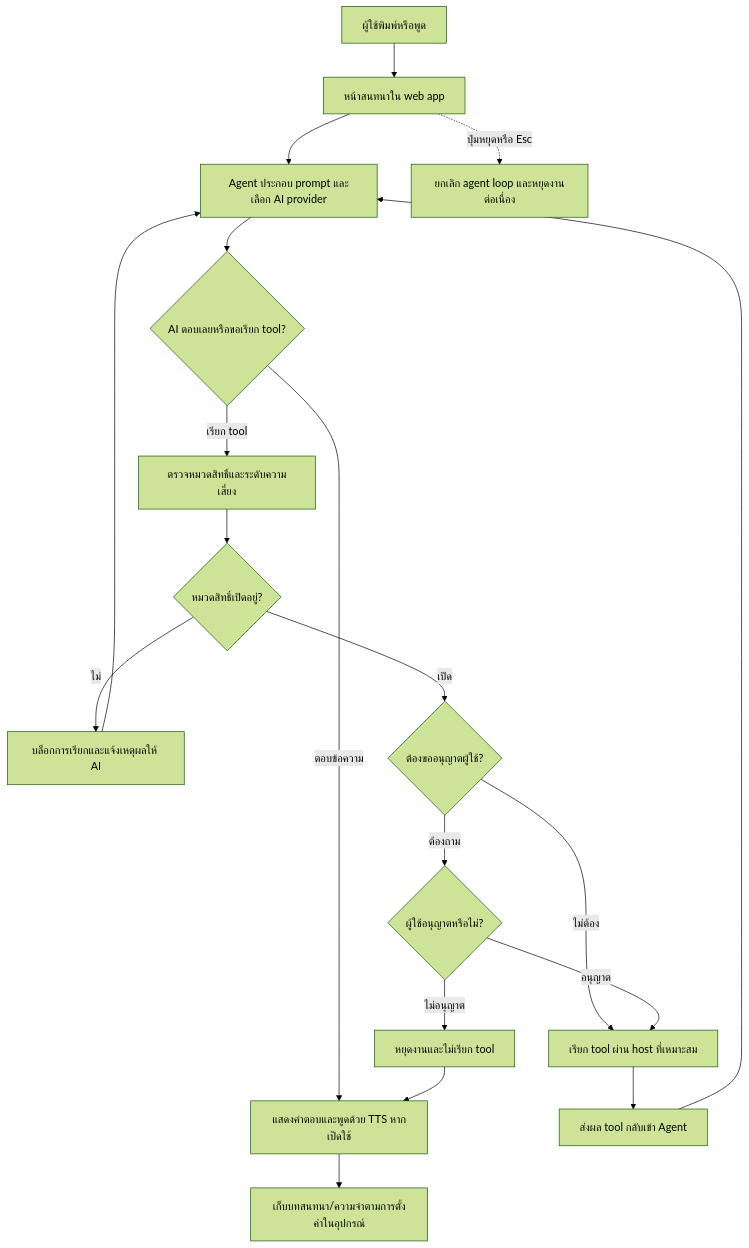
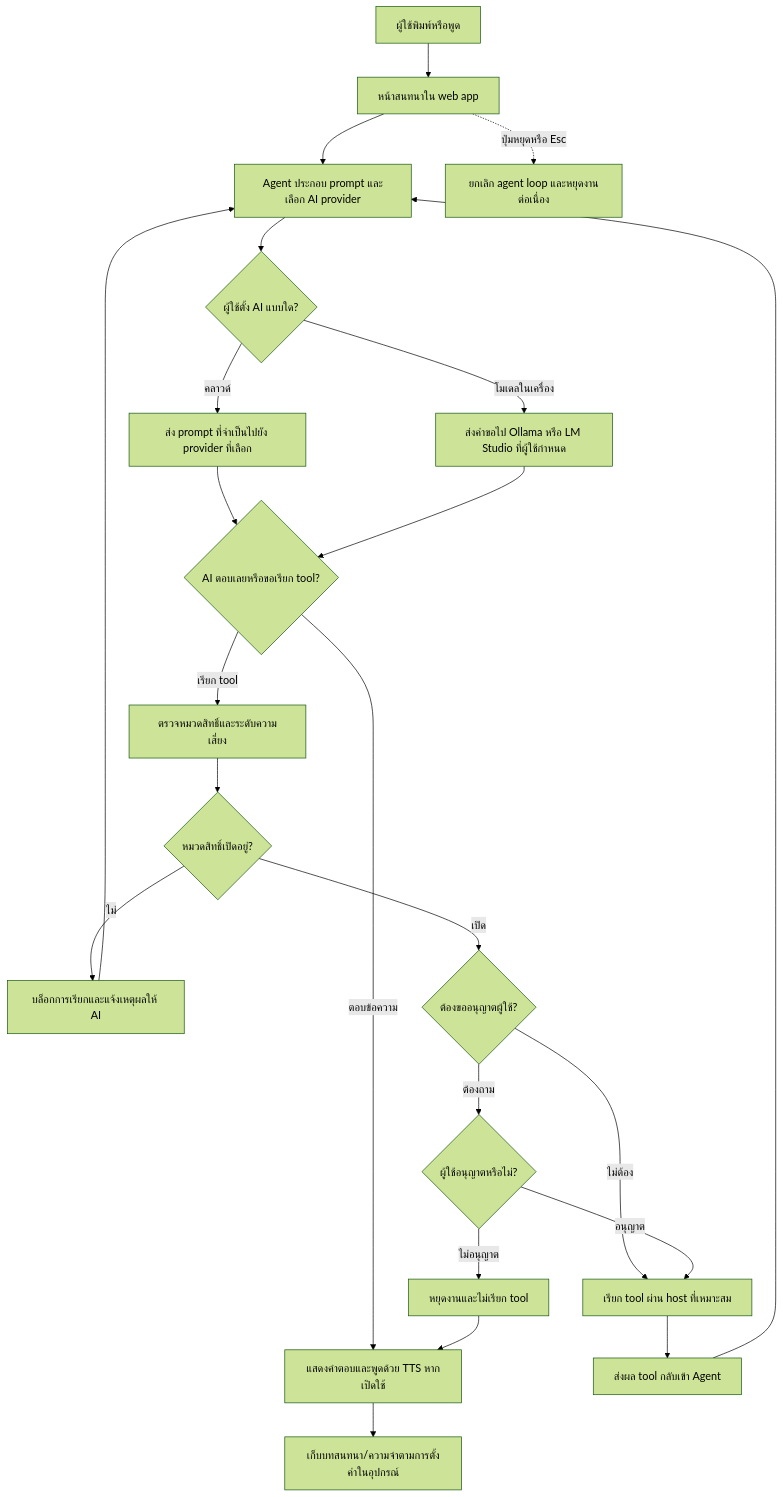
One commit to danaikointa-maker/No7PersonalAIBot changed the second of 3 diagrams in README.md. Above: the diagram before and after it, drawn with Mermaid (forest theme).

Commit message:
docs: แสดงเส้นทาง AI คลาวด์และโมเดลใน flowchart

````diff
--- a/README.md
+++ b/README.md
@@ -259,21 +259,25 @@
 ```mermaid
 flowchart TD
   USER[ผู้ใช้พิมพ์หรือพูด] --> CHAT[หน้าสนทนาใน web app]
   CHAT --> AGENT[Agent ประกอบ prompt และเลือก AI provider]
-  AGENT --> DECIDE{AI ตอบเลยหรือขอเรียก tool?}
+  AGENT --> MODE{ผู้ใช้ตั้ง AI แบบใด?}
+  MODE -->|คลาวด์| CLOUD[ส่ง prompt ที่จำเป็นไปยัง provider ที่เลือก]
+  MODE -->|โมเดลในเครื่อง| LOCAL[ส่งคำขอไป Ollama หรือ LM Studio ที่ผู้ใช้กำหนด]
+  CLOUD --> DECIDE{AI ตอบเลยหรือขอเรียก tool?}
+  LOCAL --> DECIDE
   DECIDE -->|ตอบข้อความ| FINAL[แสดงคำตอบและพูดด้วย TTS หากเปิดใช้]
   FINAL --> SAVE[เก็บบทสนทนา/ความจำตามการตั้งค่าในอุปกรณ์]
   DECIDE -->|เรียก tool| GATE[ตรวจหมวดสิทธิ์และระดับความเสี่ยง]
   GATE --> CATEGORY{หมวดสิทธิ์เปิดอยู่?}
   CATEGORY -->|ไม่| BLOCK[บล็อกการเรียกและแจ้งเหตุผลให้ AI]
   BLOCK --> AGENT
   CATEGORY -->|เปิด| RISK{ต้องขออนุญาตผู้ใช้?}
   RISK -->|ไม่ต้อง| RUN[เรียก tool ผ่าน host ที่เหมาะสม]
   RISK -->|ต้องถาม| APPROVE{ผู้ใช้อนุญาตหรือไม่?}
   APPROVE -->|ไม่อนุญาต| STOP[หยุดงานและไม่เรียก tool]
   APPROVE -->|อนุญาต| RUN
   RUN --> RESULT[ส่งผล tool กลับเข้า Agent]
   RESULT --> AGENT
   STOP --> FINAL
   CHAT -. ปุ่มหยุดหรือ Esc .-> CANCEL[ยกเลิก agent loop และหยุดงานต่อเนื่อง]
 ```
````
